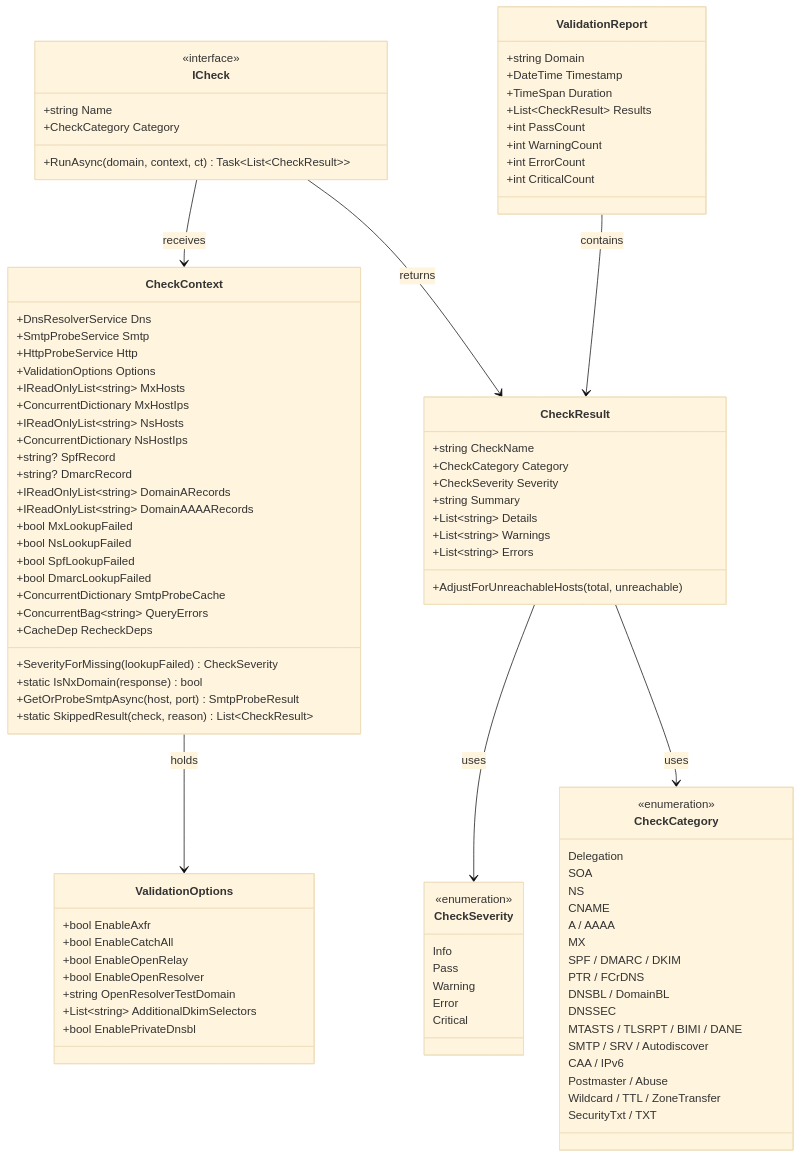
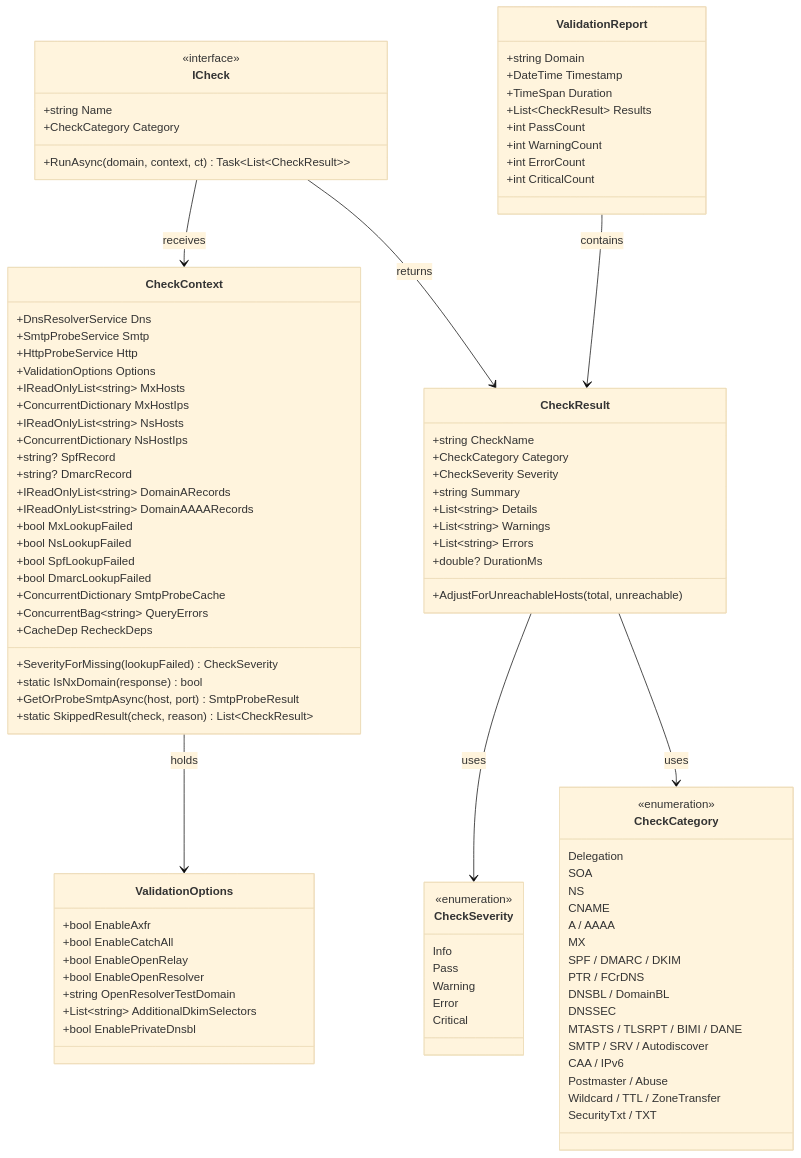
One commit to pkinerd/ednsv changed the first of 2 diagrams in docs/check-framework.md. Above: the diagram before and after it, drawn with Mermaid (base theme). The commit also changed 10 other files, not shown here.

```diff
--- a/docs/check-framework.md
+++ b/docs/check-framework.md
@@ -47,6 +47,7 @@
         +List~string~ Details
         +List~string~ Warnings
         +List~string~ Errors
+        +double? DurationMs
         +AdjustForUnreachableHosts(total, unreachable)
     }
 
```
